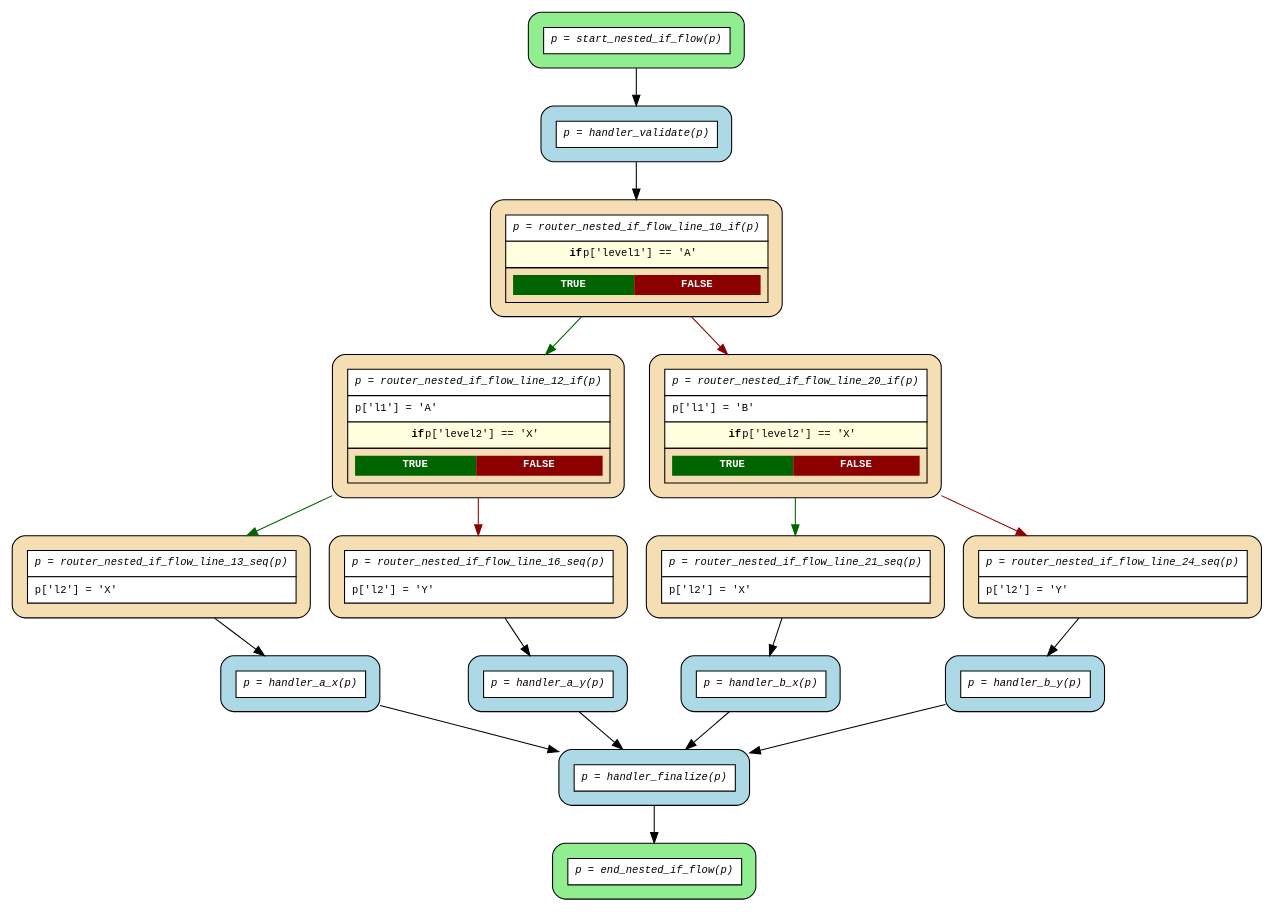
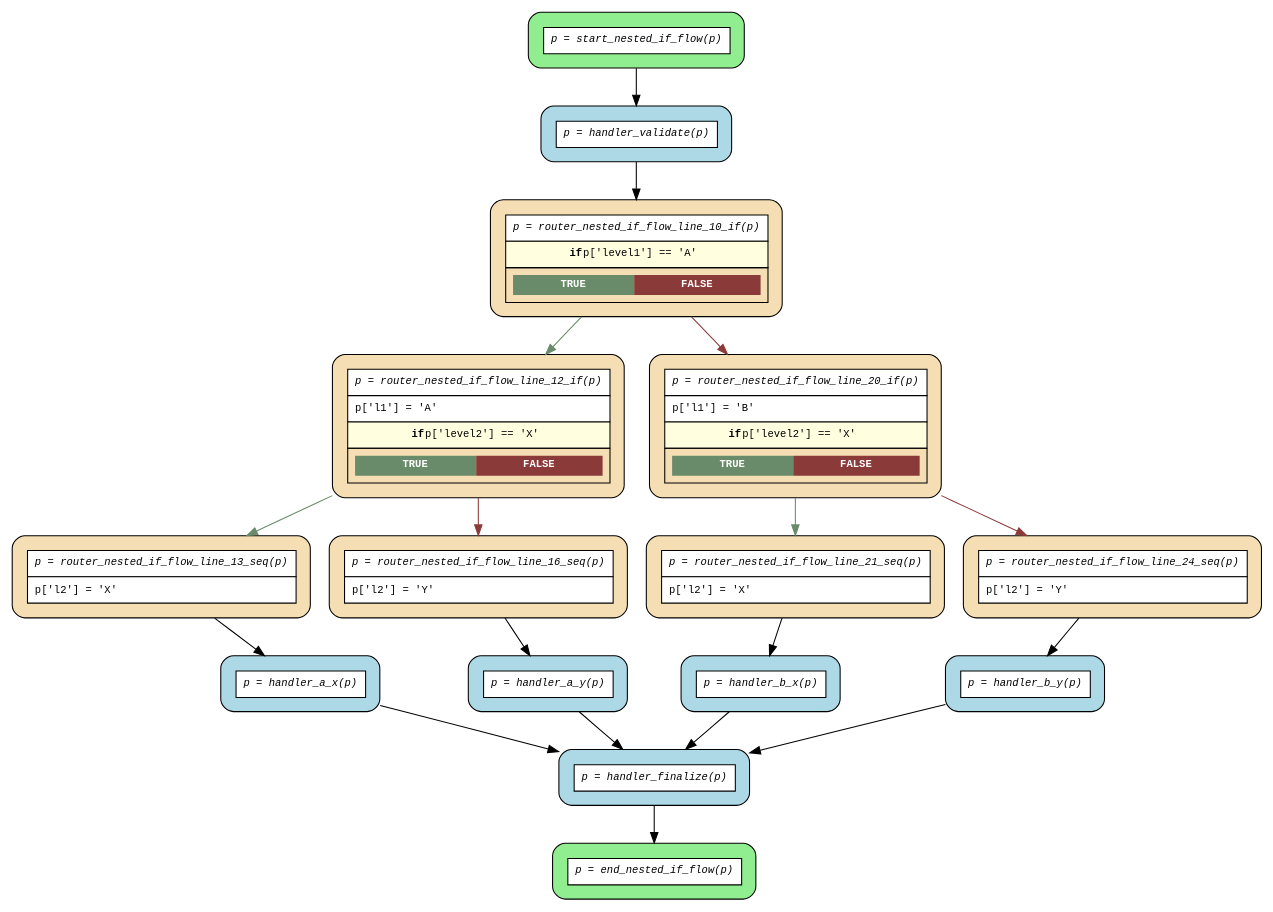
One commit to mrhillsman-enterprise-ai/asya changed the diagram in examples/flows/compiled/nested_if/flow.dot. Above: the diagram before and after it, drawn with Graphviz. The commit also changed 83 other files, not shown here.

First line of the commit message:
feat(flow): add try-except-finally support to Flow DSL compiler (#185)

```diff
--- a/examples/flows/compiled/nested_if/flow.dot
+++ b/examples/flows/compiled/nested_if/flow.dot
@@ -1,40 +1,40 @@
 digraph flow {
   rankdir=TB;
   graph [fontname="Courier", fontsize=10];
   node [fontname="Courier", fontsize=10, shape=box, style="filled,rounded", margin="0.2"];
   edge [fontname="Courier", fontsize=10];
 
   start_nested_if_flow [fillcolor="lightgreen", label=<<table border="0" cellspacing="0" cellpadding="6" cellborder="1"><tr><td bgcolor="white" align="center"><i>p = start_nested_if_flow(p)</i></td></tr></table>>];
   router_nested_if_flow_line_13_seq [fillcolor="wheat", label=<<table border="0" cellspacing="0" cellpadding="6" cellborder="1"><tr><td bgcolor="white" align="center"><i>p = router_nested_if_flow_line_13_seq(p)</i></td></tr><tr><td bgcolor="white" align="left">p['l2'] = 'X'</td></tr></table>>];
   router_nested_if_flow_line_16_seq [fillcolor="wheat", label=<<table border="0" cellspacing="0" cellpadding="6" cellborder="1"><tr><td bgcolor="white" align="center"><i>p = router_nested_if_flow_line_16_seq(p)</i></td></tr><tr><td bgcolor="white" align="left">p['l2'] = 'Y'</td></tr></table>>];
-  router_nested_if_flow_line_12_if [fillcolor="wheat", label=<<table border="0" cellspacing="0" cellpadding="6" cellborder="1"><tr><td bgcolor="white" align="center"><i>p = router_nested_if_flow_line_12_if(p)</i></td></tr><tr><td bgcolor="white" align="left">p['l1'] = 'A'</td></tr><tr><td bgcolor="lightyellow"><b>if</b> p['level2'] == 'X'</td></tr><tr><td><table border="0" cellspacing="0" cellpadding="4"><tr><td bgcolor="darkgreen"><font color="white"><b>TRUE</b></font></td><td bgcolor="darkred"><font color="white"><b>FALSE</b></font></td></tr></table></td></tr></table>>];
+  router_nested_if_flow_line_12_if [fillcolor="wheat", label=<<table border="0" cellspacing="0" cellpadding="6" cellborder="1"><tr><td bgcolor="white" align="center"><i>p = router_nested_if_flow_line_12_if(p)</i></td></tr><tr><td bgcolor="white" align="left">p['l1'] = 'A'</td></tr><tr><td bgcolor="lightyellow"><b>if</b> p['level2'] == 'X'</td></tr><tr><td><table border="0" cellspacing="0" cellpadding="4"><tr><td bgcolor="darkseagreen4"><font color="white"><b>TRUE</b></font></td><td bgcolor="indianred4"><font color="white"><b>FALSE</b></font></td></tr></table></td></tr></table>>];
   router_nested_if_flow_line_21_seq [fillcolor="wheat", label=<<table border="0" cellspacing="0" cellpadding="6" cellborder="1"><tr><td bgcolor="white" align="center"><i>p = router_nested_if_flow_line_21_seq(p)</i></td></tr><tr><td bgcolor="white" align="left">p['l2'] = 'X'</td></tr></table>>];
   router_nested_if_flow_line_24_seq [fillcolor="wheat", label=<<table border="0" cellspacing="0" cellpadding="6" cellborder="1"><tr><td bgcolor="white" align="center"><i>p = router_nested_if_flow_line_24_seq(p)</i></td></tr><tr><td bgcolor="white" align="left">p['l2'] = 'Y'</td></tr></table>>];
-  router_nested_if_flow_line_20_if [fillcolor="wheat", label=<<table border="0" cellspacing="0" cellpadding="6" cellborder="1"><tr><td bgcolor="white" align="center"><i>p = router_nested_if_flow_line_20_if(p)</i></td></tr><tr><td bgcolor="white" align="left">p['l1'] = 'B'</td></tr><tr><td bgcolor="lightyellow"><b>if</b> p['level2'] == 'X'</td></tr><tr><td><table border="0" cellspacing="0" cellpadding="4"><tr><td bgcolor="darkgreen"><font color="white"><b>TRUE</b></font></td><td bgcolor="darkred"><font color="white"><b>FALSE</b></font></td></tr></table></td></tr></table>>];
-  router_nested_if_flow_line_10_if [fillcolor="wheat", label=<<table border="0" cellspacing="0" cellpadding="6" cellborder="1"><tr><td bgcolor="white" align="center"><i>p = router_nested_if_flow_line_10_if(p)</i></td></tr><tr><td bgcolor="lightyellow"><b>if</b> p['level1'] == 'A'</td></tr><tr><td><table border="0" cellspacing="0" cellpadding="4"><tr><td bgcolor="darkgreen"><font color="white"><b>TRUE</b></font></td><td bgcolor="darkred"><font color="white"><b>FALSE</b></font></td></tr></table></td></tr></table>>];
+  router_nested_if_flow_line_20_if [fillcolor="wheat", label=<<table border="0" cellspacing="0" cellpadding="6" cellborder="1"><tr><td bgcolor="white" align="center"><i>p = router_nested_if_flow_line_20_if(p)</i></td></tr><tr><td bgcolor="white" align="left">p['l1'] = 'B'</td></tr><tr><td bgcolor="lightyellow"><b>if</b> p['level2'] == 'X'</td></tr><tr><td><table border="0" cellspacing="0" cellpadding="4"><tr><td bgcolor="darkseagreen4"><font color="white"><b>TRUE</b></font></td><td bgcolor="indianred4"><font color="white"><b>FALSE</b></font></td></tr></table></td></tr></table>>];
+  router_nested_if_flow_line_10_if [fillcolor="wheat", label=<<table border="0" cellspacing="0" cellpadding="6" cellborder="1"><tr><td bgcolor="white" align="center"><i>p = router_nested_if_flow_line_10_if(p)</i></td></tr><tr><td bgcolor="lightyellow"><b>if</b> p['level1'] == 'A'</td></tr><tr><td><table border="0" cellspacing="0" cellpadding="4"><tr><td bgcolor="darkseagreen4"><font color="white"><b>TRUE</b></font></td><td bgcolor="indianred4"><font color="white"><b>FALSE</b></font></td></tr></table></td></tr></table>>];
   end_nested_if_flow [fillcolor="lightgreen", label=<<table border="0" cellspacing="0" cellpadding="6" cellborder="1"><tr><td bgcolor="white" align="center"><i>p = end_nested_if_flow(p)</i></td></tr></table>>];
   handler_a_x [fillcolor="lightblue", label=<<table border="0" cellspacing="0" cellpadding="6" cellborder="1"><tr><td bgcolor="white" align="center"><i>p = handler_a_x(p)</i></td></tr></table>>];
   handler_a_y [fillcolor="lightblue", label=<<table border="0" cellspacing="0" cellpadding="6" cellborder="1"><tr><td bgcolor="white" align="center"><i>p = handler_a_y(p)</i></td></tr></table>>];
   handler_b_x [fillcolor="lightblue", label=<<table border="0" cellspacing="0" cellpadding="6" cellborder="1"><tr><td bgcolor="white" align="center"><i>p = handler_b_x(p)</i></td></tr></table>>];
   handler_b_y [fillcolor="lightblue", label=<<table border="0" cellspacing="0" cellpadding="6" cellborder="1"><tr><td bgcolor="white" align="center"><i>p = handler_b_y(p)</i></td></tr></table>>];
   handler_finalize [fillcolor="lightblue", label=<<table border="0" cellspacing="0" cellpadding="6" cellborder="1"><tr><td bgcolor="white" align="center"><i>p = handler_finalize(p)</i></td></tr></table>>];
   handler_validate [fillcolor="lightblue", label=<<table border="0" cellspacing="0" cellpadding="6" cellborder="1"><tr><td bgcolor="white" align="center"><i>p = handler_validate(p)</i></td></tr></table>>];
 
   handler_a_x -> handler_finalize;
   handler_a_y -> handler_finalize;
   handler_b_x -> handler_finalize;
   handler_b_y -> handler_finalize;
   handler_finalize -> end_nested_if_flow;
   handler_validate -> router_nested_if_flow_line_10_if;
-  router_nested_if_flow_line_10_if -> router_nested_if_flow_line_12_if [color=darkgreen];
-  router_nested_if_flow_line_10_if -> router_nested_if_flow_line_20_if [color=darkred];
-  router_nested_if_flow_line_12_if -> router_nested_if_flow_line_13_seq [color=darkgreen];
-  router_nested_if_flow_line_12_if -> router_nested_if_flow_line_16_seq [color=darkred];
+  router_nested_if_flow_line_10_if -> router_nested_if_flow_line_12_if [color=darkseagreen4];
+  router_nested_if_flow_line_10_if -> router_nested_if_flow_line_20_if [color=indianred4];
+  router_nested_if_flow_line_12_if -> router_nested_if_flow_line_13_seq [color=darkseagreen4];
+  router_nested_if_flow_line_12_if -> router_nested_if_flow_line_16_seq [color=indianred4];
   router_nested_if_flow_line_13_seq -> handler_a_x;
   router_nested_if_flow_line_16_seq -> handler_a_y;
-  router_nested_if_flow_line_20_if -> router_nested_if_flow_line_21_seq [color=darkgreen];
-  router_nested_if_flow_line_20_if -> router_nested_if_flow_line_24_seq [color=darkred];
+  router_nested_if_flow_line_20_if -> router_nested_if_flow_line_21_seq [color=darkseagreen4];
+  router_nested_if_flow_line_20_if -> router_nested_if_flow_line_24_seq [color=indianred4];
   router_nested_if_flow_line_21_seq -> handler_b_x;
   router_nested_if_flow_line_24_seq -> handler_b_y;
   start_nested_if_flow -> handler_validate;
 }
```
